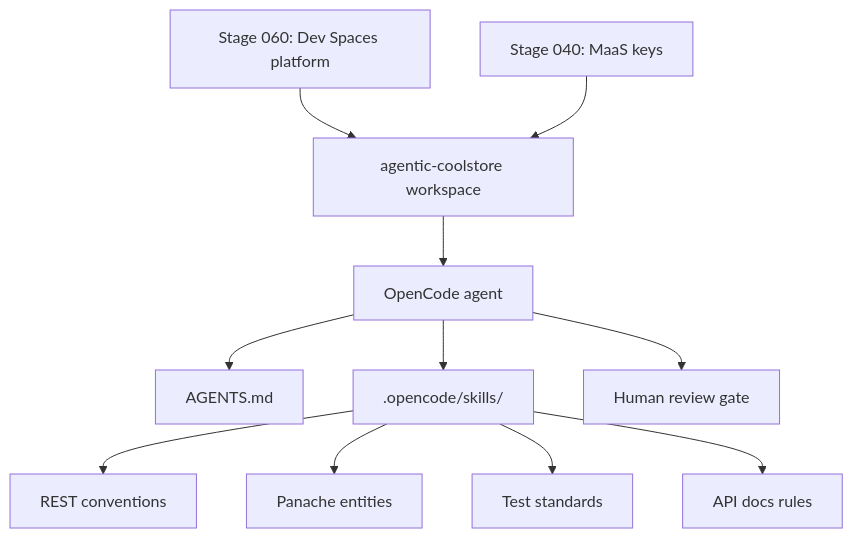
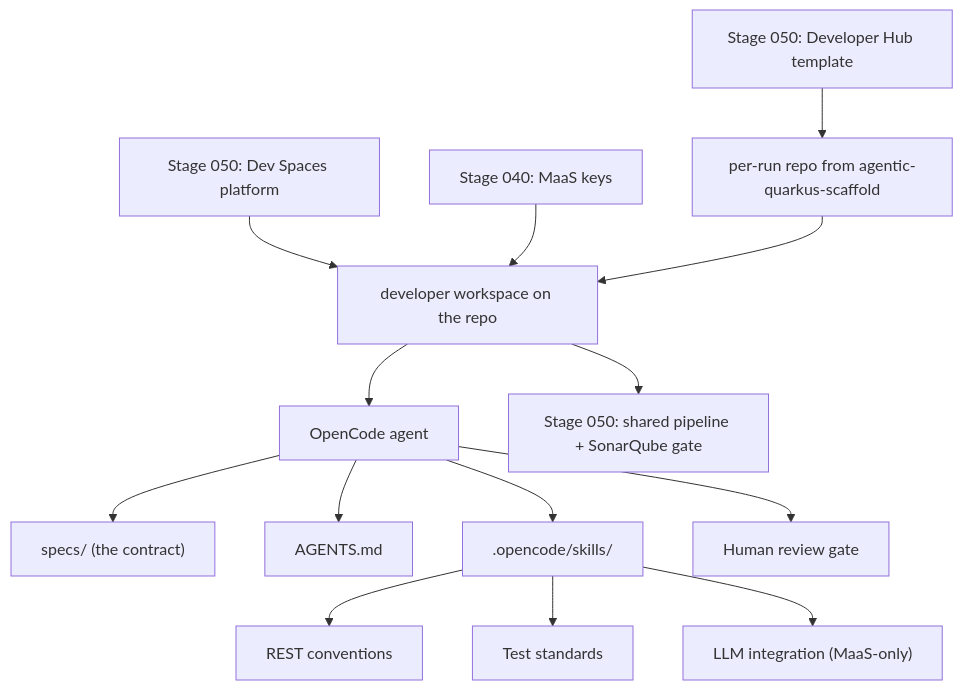
The diagram in stages/070-ai-agentic-development/README.md (adnan-drina/rhoai3-coding-demo), drawn with Mermaid before and after one commit. The commit also changed other lines of this file and 4 other files, not shown here.

````diff
--- a/stages/070-ai-agentic-development/README.md
+++ b/stages/070-ai-agentic-development/README.md
@@ -34,13 +39,16 @@
 ```mermaid
 flowchart TD
-  devspaces["Stage 060: Dev Spaces platform"] --> workspace["agentic-coolstore workspace"]
+  portal["Stage 050: Developer Hub template"] --> repo["per-run repo from agentic-quarkus-scaffold"]
+  devspaces["Stage 050: Dev Spaces platform"] --> workspace["developer workspace on the repo"]
   maas["Stage 040: MaaS keys"] --> workspace
+  repo --> workspace
   workspace --> opencode["OpenCode agent"]
+  opencode --> spec["specs/ (the contract)"]
   opencode --> agentsmd["AGENTS.md"]
   opencode --> skills[".opencode/skills/"]
   skills --> rest["REST conventions"]
-  skills --> entity["Panache entities"]
   skills --> tests["Test standards"]
-  skills --> docs["API docs rules"]
+  skills --> llm["LLM integration (MaaS-only)"]
   opencode --> review["Human review gate"]
+  workspace --> pipeline["Stage 050: shared pipeline + SonarQube gate"]
 ```
````
